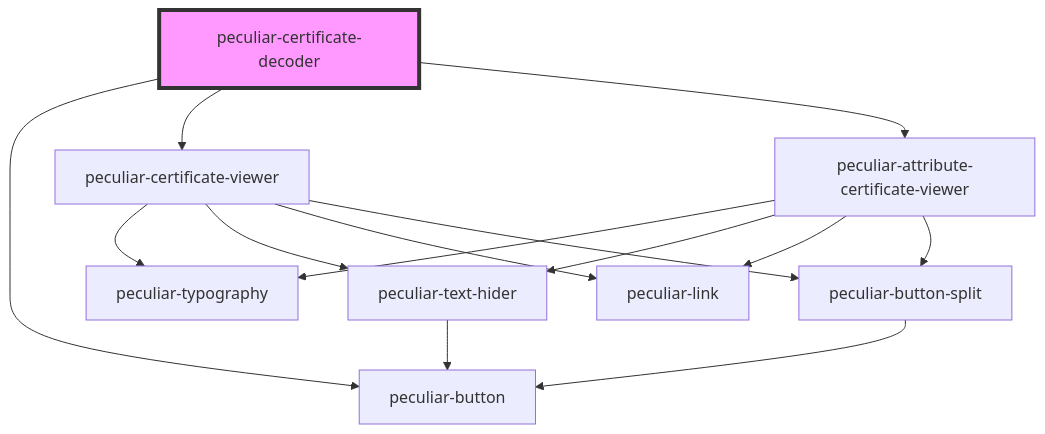
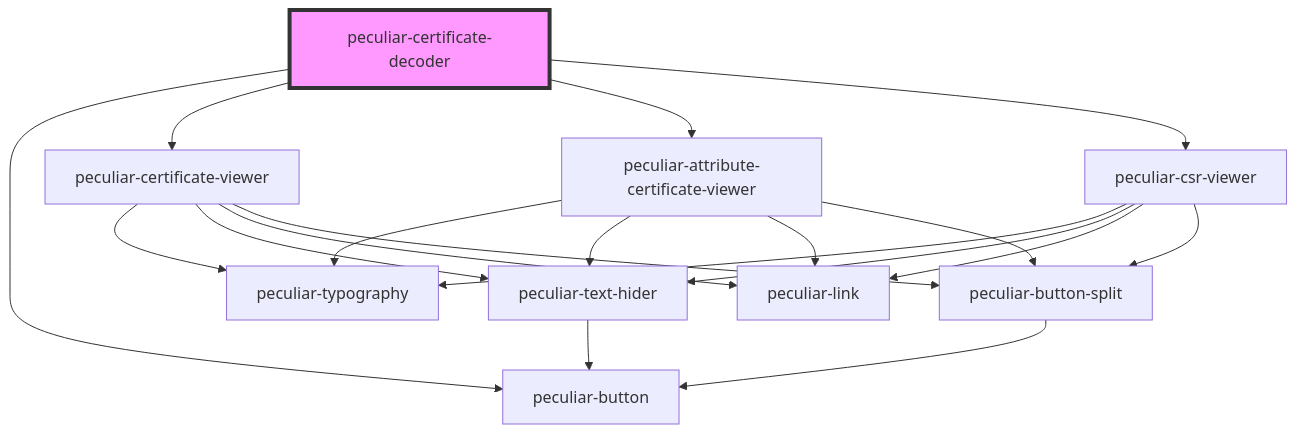
One commit to PeculiarVentures/pv-certificates-viewer changed the diagram in packages/webcomponents/src/components/certificate-decoder/readme.md. Above: the diagram before and after it, drawn with Mermaid. The commit also changed other lines of this file and 6 other files, not shown here.

Commit message:
feat(webcomponents): add CSR viewer to certificate decode component

````diff
--- a/packages/webcomponents/src/components/certificate-decoder/readme.md
+++ b/packages/webcomponents/src/components/certificate-decoder/readme.md
@@ -24,17 +25,22 @@
 ```mermaid
 graph TD;
   peculiar-certificate-decoder --> peculiar-button
   peculiar-certificate-decoder --> peculiar-certificate-viewer
   peculiar-certificate-decoder --> peculiar-attribute-certificate-viewer
+  peculiar-certificate-decoder --> peculiar-csr-viewer
   peculiar-certificate-viewer --> peculiar-typography
   peculiar-certificate-viewer --> peculiar-text-hider
   peculiar-certificate-viewer --> peculiar-link
   peculiar-certificate-viewer --> peculiar-button-split
   peculiar-text-hider --> peculiar-button
   peculiar-button-split --> peculiar-button
   peculiar-attribute-certificate-viewer --> peculiar-typography
   peculiar-attribute-certificate-viewer --> peculiar-text-hider
   peculiar-attribute-certificate-viewer --> peculiar-link
   peculiar-attribute-certificate-viewer --> peculiar-button-split
+  peculiar-csr-viewer --> peculiar-typography
+  peculiar-csr-viewer --> peculiar-text-hider
+  peculiar-csr-viewer --> peculiar-link
+  peculiar-csr-viewer --> peculiar-button-split
   style peculiar-certificate-decoder fill:#f9f,stroke:#333,stroke-width:4px
 ```
````
